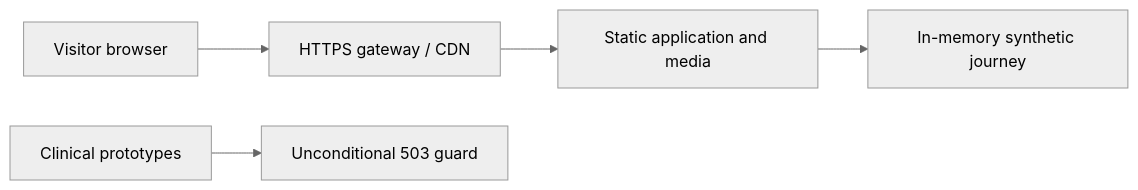
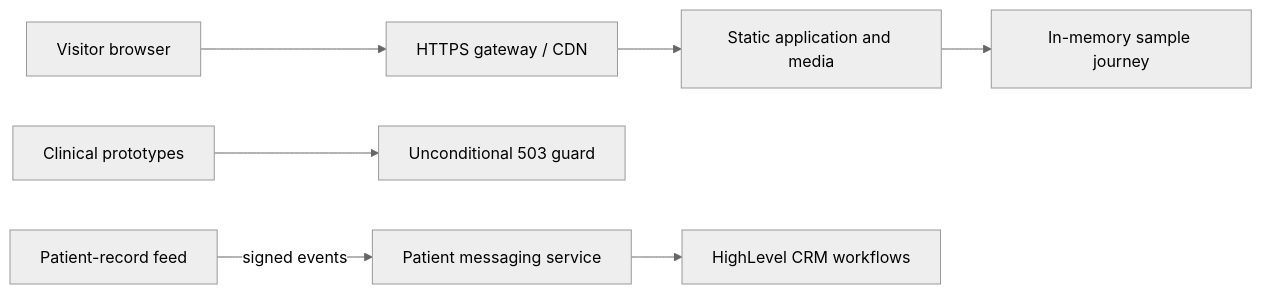
Before and after one commit to Zahidulislam2222/dental-clinic: the diagram in README.md, drawn with Mermaid (neutral theme). The commit also changed other lines of this file and 28 other files, not shown here.

First line of the commit message:
Document the patient messaging service and refresh public docs

````diff
--- a/README.md
+++ b/README.md
@@ -48,7 +49,9 @@
 ```mermaid
 flowchart LR
     Browser[Visitor browser] --> Edge[HTTPS gateway / CDN]
     Edge --> Static[Static application and media]
-    Static --> Demo[In-memory synthetic journey]
+    Static --> Journey[In-memory sample journey]
     Backend[Clinical prototypes] --> Guard[Unconditional 503 guard]
+    Feed[Patient-record feed] -- signed events --> Messaging[Patient messaging service]
+    Messaging --> CRM[HighLevel CRM workflows]
 ```
````
